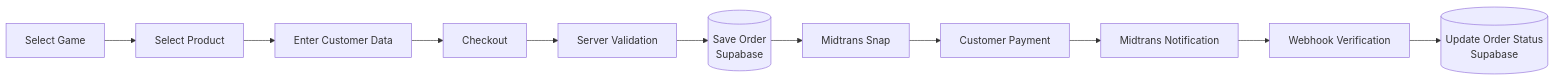
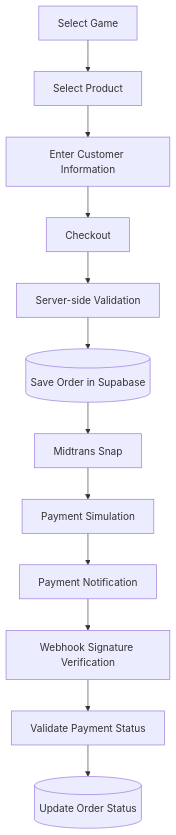
Before and after one commit to imammularif/topupku: the second of 5 diagrams in README.md, drawn with Mermaid. The commit also changed other lines of this file, not shown here.

````diff
--- a/README.md
+++ b/README.md
@@ -137,13 +278,14 @@
 ```mermaid
-flowchart LR
+flowchart TD
     A["Select Game"] --> B["Select Product"]
-    B --> C["Enter Customer Data"]
+    B --> C["Enter Customer Information"]
     C --> D["Checkout"]
-    D --> E["Server Validation"]
-    E --> F[("Save Order<br/>Supabase")]
+    D --> E["Server-side Validation"]
+    E --> F[("Save Order in Supabase")]
     F --> G["Midtrans Snap"]
-    G --> H["Customer Payment"]
-    H --> I["Midtrans Notification"]
-    I --> J["Webhook Verification"]
-    J --> K[("Update Order Status<br/>Supabase")]
+    G --> H["Payment Simulation"]
+    H --> I["Payment Notification"]
+    I --> J["Webhook Signature Verification"]
+    J --> K["Validate Payment Status"]
+    K --> L[("Update Order Status")]
 ```
````
